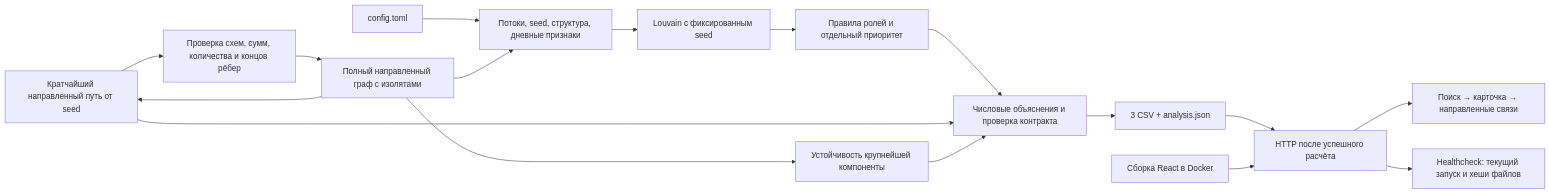
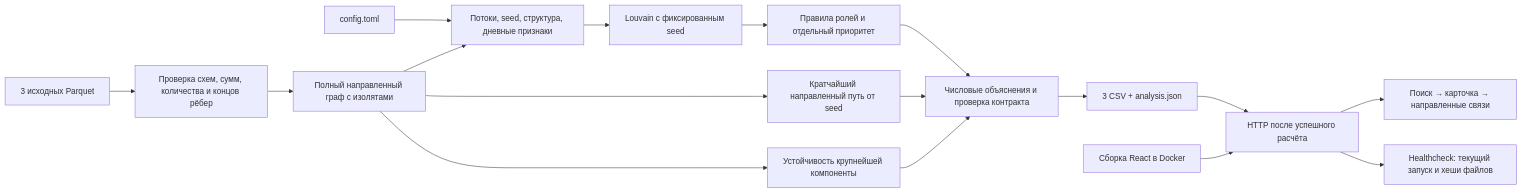
One commit to BAITC-Hacks/hack-5fc9e139-tovarish-sanechka changed the diagram in docs/DEMO.md. Above: the diagram before and after it, drawn with Mermaid. The commit also changed 12 other files, not shown here.

Commit message:
Refresh architecture documentation and archive obsolete plans

````diff
--- a/docs/DEMO.md
+++ b/docs/DEMO.md
@@ -3,19 +3,19 @@
 ```mermaid
 flowchart LR
-  P[3 исходных Parquet] --> V[Проверка схем, сумм, количества и концов рёбер]
+  INPUT[3 исходных Parquet] --> V[Проверка схем, сумм, количества и концов рёбер]
   C[config.toml] --> F
   V --> G[Полный направленный граф с изолятами]
   G --> F[Потоки, seed, структура, дневные признаки]
-  G --> P[Кратчайший направленный путь от seed]
+  G --> PATH[Кратчайший направленный путь от seed]
   F --> L[Louvain с фиксированным seed]
   L --> R[Правила ролей и отдельный приоритет]
   G --> T[Устойчивость крупнейшей компоненты]
   R --> E[Числовые объяснения и проверка контракта]
-  P --> E
+  PATH --> E
   T --> E
   E --> O[3 CSV + analysis.json]
   O --> S[HTTP после успешного расчёта]
   B[Сборка React в Docker] --> S
   S --> U[Поиск → карточка → направленные связи]
   S --> H[Healthcheck: текущий запуск и хеши файлов]
 ```
````
